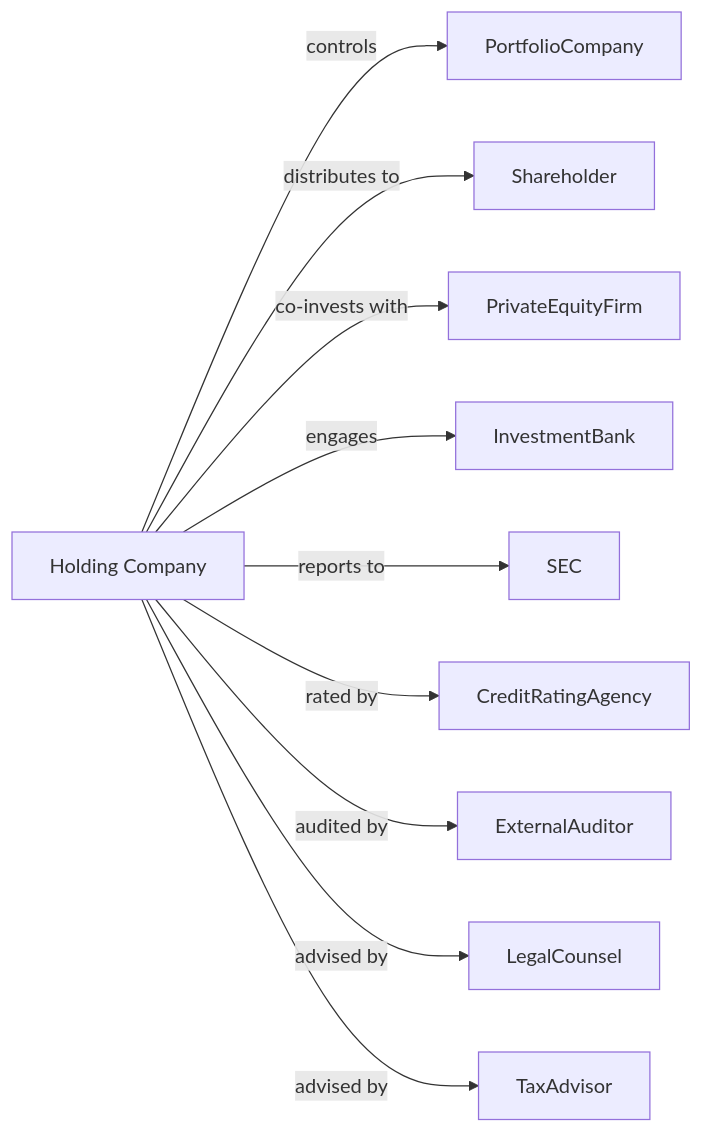
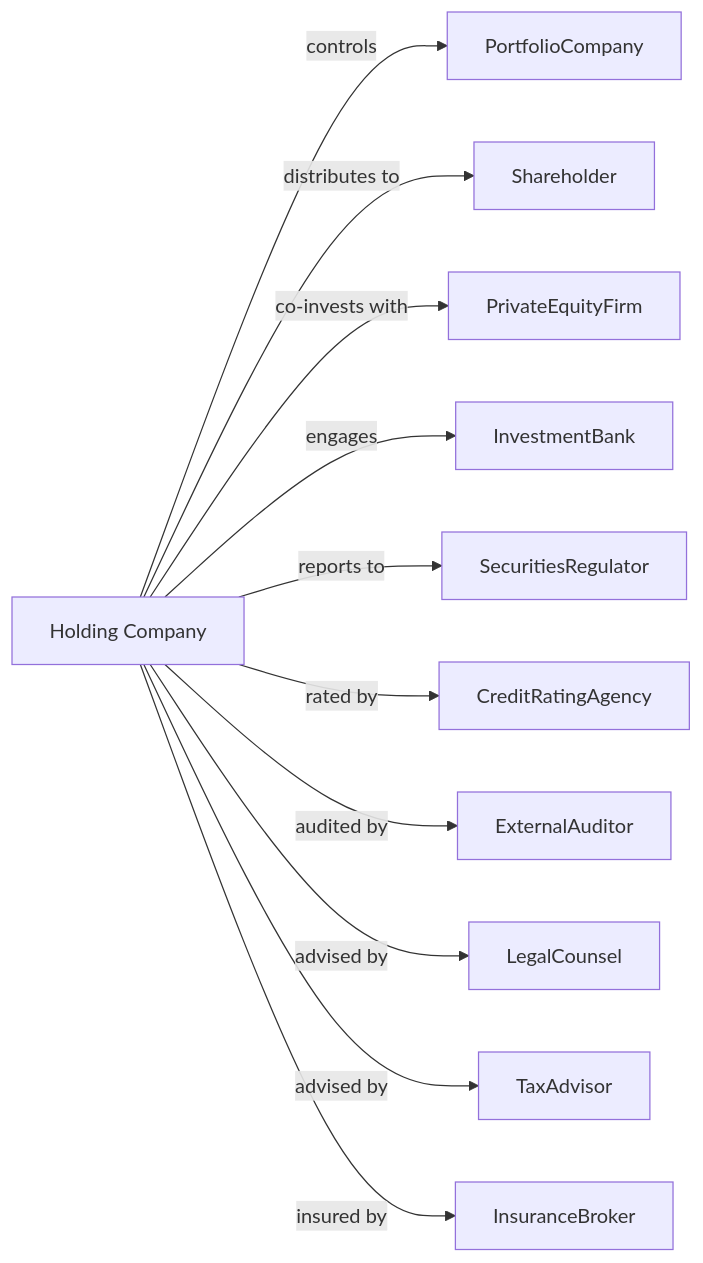
One commit to dot-org-ai/industries.org.ai changed the second of 2 diagrams in Management/Management/Management/OfficesOfOtherHoldingCompanies.mdx. Above: the diagram before and after it, drawn with Mermaid. The commit also changed other lines of this file and 588 other files, not shown here.

````diff
--- a/Management/Management/Management/OfficesOfOtherHoldingCompanies.mdx
+++ b/Management/Management/Management/OfficesOfOtherHoldingCompanies.mdx
@@ -142,14 +142,15 @@
 ```mermaid
 graph LR
     HC[Holding Company]
 
     HC -->|controls| PortfolioCompany
     HC -->|distributes to| Shareholder
     HC -->|co-invests with| PrivateEquityFirm
     HC -->|engages| InvestmentBank
-    HC -->|reports to| SEC
+    HC -->|reports to| SecuritiesRegulator
     HC -->|rated by| CreditRatingAgency
     HC -->|audited by| ExternalAuditor
     HC -->|advised by| LegalCounsel
     HC -->|advised by| TaxAdvisor
+    HC -->|insured by| InsuranceBroker
 ```
````
